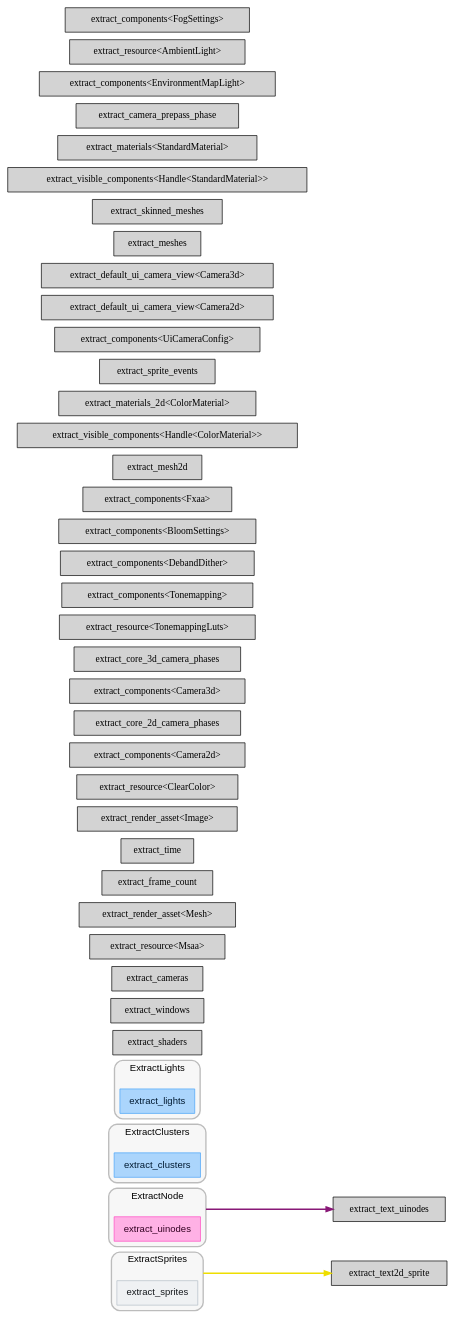
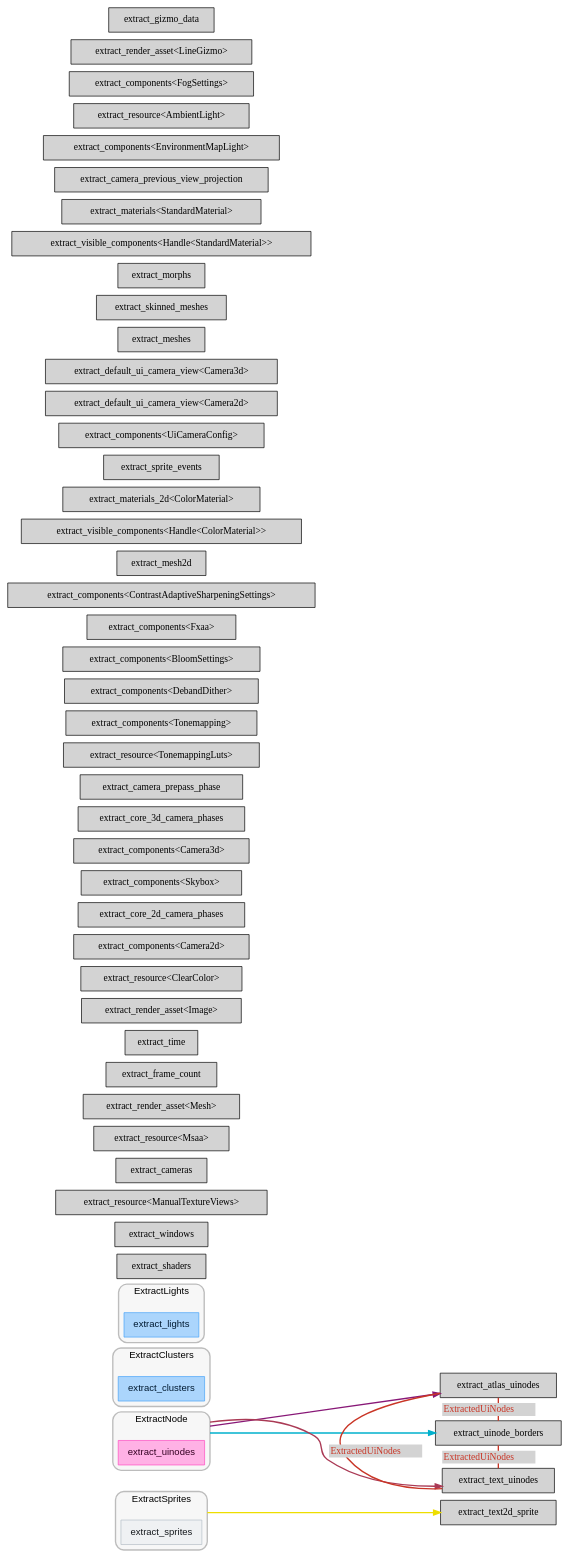
The diagram in docs/schedule/light/render_schedule_ExtractSchedule.dot (jakobhellermann/bevy_mod_debugdump), drawn with Graphviz before and after one commit. The commit also changed 149 other files, not shown here.

```diff
--- a/docs/schedule/light/render_schedule_ExtractSchedule.dot
+++ b/docs/schedule/light/render_schedule_ExtractSchedule.dot
@@ -7,85 +7,103 @@
 	"nodesep"="0.15";
 	edge ["penwidth"="2"];
 	node ["shape"="box", "style"="filled"];
-	subgraph "clusternode_Set(22)" {
+	subgraph "clusternode_Set(26)" {
 		"style"="rounded,filled";
 		"label"="ExtractSprites";
 		"tooltip"="ExtractSprites";
 		"fillcolor"="#00000008";
+		"fontcolor"="#000000";
 		"color"="#00000040";
 		"penwidth"="2";
-		"set_marker_node_Set(22)" ["style"="invis", "label"="", "height"="0", "shape"="point"]
-		"node_System(21)" ["label"="extract_sprites", "tooltip"="bevy_sprite::render::extract_sprites", "fillcolor"="#eff1f3", "fontname"="Helvetica", "fontcolor"="#15191d", "color"="#b4bec7", "penwidth"="1"]
+		"set_marker_node_Set(26)" ["style"="invis", "label"="", "height"="0", "shape"="point"]
+		"node_System(25)" ["label"="extract_sprites", "tooltip"="bevy_sprite::render::extract_sprites", "fillcolor"="#eff1f3", "fontname"="Helvetica", "fontcolor"="#15191d", "color"="#b4bec7", "penwidth"="1"]
 	}
 	
-	subgraph "clusternode_Set(29)" {
+	subgraph "clusternode_Set(33)" {
 		"style"="rounded,filled";
 		"label"="ExtractNode";
 		"tooltip"="ExtractNode";
 		"fillcolor"="#00000008";
+		"fontcolor"="#000000";
 		"color"="#00000040";
 		"penwidth"="2";
-		"set_marker_node_Set(29)" ["style"="invis", "label"="", "height"="0", "shape"="point"]
-		"node_System(27)" ["label"="extract_uinodes", "tooltip"="bevy_ui::render::extract_uinodes", "fillcolor"="#ffb1e5", "fontname"="Helvetica", "fontcolor"="#320021", "color"="#ff4bc2", "penwidth"="1"]
+		"set_marker_node_Set(33)" ["style"="invis", "label"="", "height"="0", "shape"="point"]
+		"node_System(31)" ["label"="extract_uinodes", "tooltip"="bevy_ui::render::extract_uinodes", "fillcolor"="#ffb1e5", "fontname"="Helvetica", "fontcolor"="#320021", "color"="#ff4bc2", "penwidth"="1"]
 	}
 	
-	subgraph "clusternode_Set(40)" {
+	subgraph "clusternode_Set(47)" {
 		"style"="rounded,filled";
 		"label"="ExtractClusters";
 		"tooltip"="ExtractClusters";
 		"fillcolor"="#00000008";
+		"fontcolor"="#000000";
 		"color"="#00000040";
 		"penwidth"="2";
-		"set_marker_node_Set(40)" ["style"="invis", "label"="", "height"="0", "shape"="point"]
-		"node_System(37)" ["label"="extract_clusters", "tooltip"="bevy_pbr::render::light::extract_clusters", "fillcolor"="#abd5fc", "fontname"="Helvetica", "fontcolor"="#011a31", "color"="#48a3f8", "penwidth"="1"]
+		"set_marker_node_Set(47)" ["style"="invis", "label"="", "height"="0", "shape"="point"]
+		"node_System(44)" ["label"="extract_clusters", "tooltip"="bevy_pbr::render::light::extract_clusters", "fillcolor"="#abd5fc", "fontname"="Helvetica", "fontcolor"="#011a31", "color"="#48a3f8", "penwidth"="1"]
 	}
 	
-	subgraph "clusternode_Set(42)" {
+	subgraph "clusternode_Set(49)" {
 		"style"="rounded,filled";
 		"label"="ExtractLights";
 		"tooltip"="ExtractLights";
 		"fillcolor"="#00000008";
+		"fontcolor"="#000000";
 		"color"="#00000040";
 		"penwidth"="2";
-		"set_marker_node_Set(42)" ["style"="invis", "label"="", "height"="0", "shape"="point"]
-		"node_System(38)" ["label"="extract_lights", "tooltip"="bevy_pbr::render::light::extract_lights", "fillcolor"="#abd5fc", "fontname"="Helvetica", "fontcolor"="#011a31", "color"="#48a3f8", "penwidth"="1"]
+		"set_marker_node_Set(49)" ["style"="invis", "label"="", "height"="0", "shape"="point"]
+		"node_System(45)" ["label"="extract_lights", "tooltip"="bevy_pbr::render::light::extract_lights", "fillcolor"="#abd5fc", "fontname"="Helvetica", "fontcolor"="#011a31", "color"="#48a3f8", "penwidth"="1"]
 	}
 	
 	"node_System(0)" ["label"="extract_shaders", "tooltip"="bevy_render::render_resource::pipeline_cache::PipelineCache::extract_shaders"]
 	"node_System(1)" ["label"="extract_windows", "tooltip"="bevy_render::view::window::extract_windows"]
-	"node_System(2)" ["label"="extract_cameras", "tooltip"="bevy_render::camera::camera::extract_cameras"]
-	"node_System(3)" ["label"="extract_resource<Msaa>", "tooltip"="bevy_render::extract_resource::extract_resource<bevy_render::view::Msaa>"]
-	"node_System(4)" ["label"="extract_render_asset<Mesh>", "tooltip"="bevy_render::render_asset::extract_render_asset<bevy_render::mesh::mesh::Mesh>"]
-	"node_System(5)" ["label"="extract_frame_count", "tooltip"="bevy_render::globals::extract_frame_count"]
-	"node_System(6)" ["label"="extract_time", "tooltip"="bevy_render::globals::extract_time"]
-	"node_System(7)" ["label"="extract_render_asset<Image>", "tooltip"="bevy_render::render_asset::extract_render_asset<bevy_render::texture::image::Image>"]
-	"node_System(8)" ["label"="extract_resource<ClearColor>", "tooltip"="bevy_render::extract_resource::extract_resource<bevy_core_pipeline::clear_color::ClearColor>"]
-	"node_System(9)" ["label"="extract_components<Camera2d>", "tooltip"="bevy_render::extract_component::extract_components<bevy_core_pipeline::core_2d::camera_2d::Camera2d>"]
-	"node_System(10)" ["label"="extract_core_2d_camera_phases", "tooltip"="bevy_core_pipeline::core_2d::extract_core_2d_camera_phases"]
-	"node_System(11)" ["label"="extract_components<Camera3d>", "tooltip"="bevy_render::extract_component::extract_components<bevy_core_pipeline::core_3d::camera_3d::Camera3d>"]
-	"node_System(12)" ["label"="extract_core_3d_camera_phases", "tooltip"="bevy_core_pipeline::core_3d::extract_core_3d_camera_phases"]
-	"node_System(13)" ["label"="extract_resource<TonemappingLuts>", "tooltip"="bevy_render::extract_resource::extract_resource<bevy_core_pipeline::tonemapping::TonemappingLuts>"]
-	"node_System(14)" ["label"="extract_components<Tonemapping>", "tooltip"="bevy_render::extract_component::extract_components<bevy_core_pipeline::tonemapping::Tonemapping>"]
-	"node_System(15)" ["label"="extract_components<DebandDither>", "tooltip"="bevy_render::extract_component::extract_components<bevy_core_pipeline::tonemapping::DebandDither>"]
-	"node_System(16)" ["label"="extract_components<BloomSettings>", "tooltip"="bevy_render::extract_component::extract_components<bevy_core_pipeline::bloom::settings::BloomSettings>"]
-	"node_System(17)" ["label"="extract_components<Fxaa>", "tooltip"="bevy_render::extract_component::extract_components<bevy_core_pipeline::fxaa::Fxaa>"]
-	"node_System(18)" ["label"="extract_mesh2d", "tooltip"="bevy_sprite::mesh2d::mesh::extract_mesh2d"]
-	"node_System(19)" ["label"="extract_visible_components<Handle<ColorMaterial>>", "tooltip"="bevy_render::extract_component::extract_visible_components<bevy_asset::handle::Handle<bevy_sprite::mesh2d::color_material::ColorMaterial>>"]
-	"node_System(20)" ["label"="extract_materials_2d<ColorMaterial>", "tooltip"="bevy_sprite::mesh2d::material::extract_materials_2d<bevy_sprite::mesh2d::color_material::ColorMaterial>"]
-	"node_System(22)" ["label"="extract_sprite_events", "tooltip"="bevy_sprite::render::extract_sprite_events"]
-	"node_System(23)" ["label"="extract_text2d_sprite", "tooltip"="bevy_text::text2d::extract_text2d_sprite"]
-	"node_System(24)" ["label"="extract_components<UiCameraConfig>", "tooltip"="bevy_render::extract_component::extract_components<bevy_ui::camera_config::UiCameraConfig>"]
-	"node_System(25)" ["label"="extract_default_ui_camera_view<Camera2d>", "tooltip"="bevy_ui::render::extract_default_ui_camera_view<bevy_core_pipeline::core_2d::camera_2d::Camera2d>"]
-	"node_System(26)" ["label"="extract_default_ui_camera_view<Camera3d>", "tooltip"="bevy_ui::render::extract_default_ui_camera_view<bevy_core_pipeline::core_3d::camera_3d::Camera3d>"]
-	"node_System(28)" ["label"="extract_text_uinodes", "tooltip"="bevy_ui::render::extract_text_uinodes"]
-	"node_System(29)" ["label"="extract_meshes", "tooltip"="bevy_pbr::render::mesh::extract_meshes"]
-	"node_System(30)" ["label"="extract_skinned_meshes", "tooltip"="bevy_pbr::render::mesh::extract_skinned_meshes"]
-	"node_System(31)" ["label"="extract_visible_components<Handle<StandardMaterial>>", "tooltip"="bevy_render::extract_component::extract_visible_components<bevy_asset::handle::Handle<bevy_pbr::pbr_material::StandardMaterial>>"]
-	"node_System(32)" ["label"="extract_materials<StandardMaterial>", "tooltip"="bevy_pbr::material::extract_materials<bevy_pbr::pbr_material::StandardMaterial>"]
-	"node_System(33)" ["label"="extract_camera_prepass_phase", "tooltip"="bevy_pbr::prepass::extract_camera_prepass_phase"]
-	"node_System(34)" ["label"="extract_components<EnvironmentMapLight>", "tooltip"="bevy_render::extract_component::extract_components<bevy_pbr::environment_map::EnvironmentMapLight>"]
-	"node_System(35)" ["label"="extract_resource<AmbientLight>", "tooltip"="bevy_render::extract_resource::extract_resource<bevy_pbr::light::AmbientLight>"]
-	"node_System(36)" ["label"="extract_components<FogSettings>", "tooltip"="bevy_render::extract_component::extract_components<bevy_pbr::fog::FogSettings>"]
-	"set_marker_node_Set(22)" -> "node_System(23)" ["lhead"="", "ltail"="clusternode_Set(22)", "tooltip"="ExtractSprites → extract_text2d_sprite", "color"="#eede00"]
-	"set_marker_node_Set(29)" -> "node_System(28)" ["lhead"="", "ltail"="clusternode_Set(29)", "tooltip"="ExtractNode → extract_text_uinodes", "color"="#881877"]
+	"node_System(2)" ["label"="extract_resource<ManualTextureViews>", "tooltip"="bevy_render::extract_resource::extract_resource<bevy_render::camera::manual_texture_view::ManualTextureViews>"]
+	"node_System(3)" ["label"="extract_cameras", "tooltip"="bevy_render::camera::camera::extract_cameras"]
+	"node_System(4)" ["label"="extract_resource<Msaa>", "tooltip"="bevy_render::extract_resource::extract_resource<bevy_render::view::Msaa>"]
+	"node_System(5)" ["label"="extract_render_asset<Mesh>", "tooltip"="bevy_render::render_asset::extract_render_asset<bevy_render::mesh::mesh::Mesh>"]
+	"node_System(6)" ["label"="extract_frame_count", "tooltip"="bevy_render::globals::extract_frame_count"]
+	"node_System(7)" ["label"="extract_time", "tooltip"="bevy_render::globals::extract_time"]
+	"node_System(8)" ["label"="extract_render_asset<Image>", "tooltip"="bevy_render::render_asset::extract_render_asset<bevy_render::texture::image::Image>"]
+	"node_System(9)" ["label"="extract_resource<ClearColor>", "tooltip"="bevy_render::extract_resource::extract_resource<bevy_core_pipeline::clear_color::ClearColor>"]
+	"node_System(10)" ["label"="extract_components<Camera2d>", "tooltip"="bevy_render::extract_component::extract_components<bevy_core_pipeline::core_2d::camera_2d::Camera2d>"]
+	"node_System(11)" ["label"="extract_core_2d_camera_phases", "tooltip"="bevy_core_pipeline::core_2d::extract_core_2d_camera_phases"]
+	"node_System(12)" ["label"="extract_components<Skybox>", "tooltip"="bevy_render::extract_component::extract_components<bevy_core_pipeline::skybox::Skybox>"]
+	"node_System(13)" ["label"="extract_components<Camera3d>", "tooltip"="bevy_render::extract_component::extract_components<bevy_core_pipeline::core_3d::camera_3d::Camera3d>"]
+	"node_System(14)" ["label"="extract_core_3d_camera_phases", "tooltip"="bevy_core_pipeline::core_3d::extract_core_3d_camera_phases"]
+	"node_System(15)" ["label"="extract_camera_prepass_phase", "tooltip"="bevy_core_pipeline::core_3d::extract_camera_prepass_phase"]
+	"node_System(16)" ["label"="extract_resource<TonemappingLuts>", "tooltip"="bevy_render::extract_resource::extract_resource<bevy_core_pipeline::tonemapping::TonemappingLuts>"]
+	"node_System(17)" ["label"="extract_components<Tonemapping>", "tooltip"="bevy_render::extract_component::extract_components<bevy_core_pipeline::tonemapping::Tonemapping>"]
+	"node_System(18)" ["label"="extract_components<DebandDither>", "tooltip"="bevy_render::extract_component::extract_components<bevy_core_pipeline::tonemapping::DebandDither>"]
+	"node_System(19)" ["label"="extract_components<BloomSettings>", "tooltip"="bevy_render::extract_component::extract_components<bevy_core_pipeline::bloom::settings::BloomSettings>"]
+	"node_System(20)" ["label"="extract_components<Fxaa>", "tooltip"="bevy_render::extract_component::extract_components<bevy_core_pipeline::fxaa::Fxaa>"]
+	"node_System(21)" ["label"="extract_components<ContrastAdaptiveSharpeningSettings>", "tooltip"="bevy_render::extract_component::extract_components<bevy_core_pipeline::contrast_adaptive_sharpening::ContrastAdaptiveSharpeningSettings>"]
+	"node_System(22)" ["label"="extract_mesh2d", "tooltip"="bevy_sprite::mesh2d::mesh::extract_mesh2d"]
+	"node_System(23)" ["label"="extract_visible_components<Handle<ColorMaterial>>", "tooltip"="bevy_render::extract_component::extract_visible_components<bevy_asset::handle::Handle<bevy_sprite::mesh2d::color_material::ColorMaterial>>"]
+	"node_System(24)" ["label"="extract_materials_2d<ColorMaterial>", "tooltip"="bevy_sprite::mesh2d::material::extract_materials_2d<bevy_sprite::mesh2d::color_material::ColorMaterial>"]
+	"node_System(26)" ["label"="extract_sprite_events", "tooltip"="bevy_sprite::render::extract_sprite_events"]
+	"node_System(27)" ["label"="extract_text2d_sprite", "tooltip"="bevy_text::text2d::extract_text2d_sprite"]
+	"node_System(28)" ["label"="extract_components<UiCameraConfig>", "tooltip"="bevy_render::extract_component::extract_components<bevy_ui::camera_config::UiCameraConfig>"]
+	"node_System(29)" ["label"="extract_default_ui_camera_view<Camera2d>", "tooltip"="bevy_ui::render::extract_default_ui_camera_view<bevy_core_pipeline::core_2d::camera_2d::Camera2d>"]
+	"node_System(30)" ["label"="extract_default_ui_camera_view<Camera3d>", "tooltip"="bevy_ui::render::extract_default_ui_camera_view<bevy_core_pipeline::core_3d::camera_3d::Camera3d>"]
+	"node_System(32)" ["label"="extract_atlas_uinodes", "tooltip"="bevy_ui::render::extract_atlas_uinodes"]
+	"node_System(33)" ["label"="extract_uinode_borders", "tooltip"="bevy_ui::render::extract_uinode_borders"]
+	"node_System(34)" ["label"="extract_text_uinodes", "tooltip"="bevy_ui::render::extract_text_uinodes"]
+	"node_System(35)" ["label"="extract_meshes", "tooltip"="bevy_pbr::render::mesh::extract_meshes"]
+	"node_System(36)" ["label"="extract_skinned_meshes", "tooltip"="bevy_pbr::render::mesh::extract_skinned_meshes"]
+	"node_System(37)" ["label"="extract_morphs", "tooltip"="bevy_pbr::render::morph::extract_morphs"]
+	"node_System(38)" ["label"="extract_visible_components<Handle<StandardMaterial>>", "tooltip"="bevy_render::extract_component::extract_visible_components<bevy_asset::handle::Handle<bevy_pbr::pbr_material::StandardMaterial>>"]
+	"node_System(39)" ["label"="extract_materials<StandardMaterial>", "tooltip"="bevy_pbr::material::extract_materials<bevy_pbr::pbr_material::StandardMaterial>"]
+	"node_System(40)" ["label"="extract_camera_previous_view_projection", "tooltip"="bevy_pbr::prepass::extract_camera_previous_view_projection"]
+	"node_System(41)" ["label"="extract_components<EnvironmentMapLight>", "tooltip"="bevy_render::extract_component::extract_components<bevy_pbr::environment_map::EnvironmentMapLight>"]
+	"node_System(42)" ["label"="extract_resource<AmbientLight>", "tooltip"="bevy_render::extract_resource::extract_resource<bevy_pbr::light::AmbientLight>"]
+	"node_System(43)" ["label"="extract_components<FogSettings>", "tooltip"="bevy_render::extract_component::extract_components<bevy_pbr::fog::FogSettings>"]
+	"node_System(46)" ["label"="extract_render_asset<LineGizmo>", "tooltip"="bevy_render::render_asset::extract_render_asset<bevy_gizmos::LineGizmo>"]
+	"node_System(47)" ["label"="extract_gizmo_data", "tooltip"="bevy_gizmos::extract_gizmo_data"]
+	"set_marker_node_Set(26)" -> "node_System(27)" ["lhead"="", "ltail"="clusternode_Set(26)", "tooltip"="ExtractSprites → extract_text2d_sprite", "color"="#eede00"]
+	"set_marker_node_Set(33)" -> "node_System(32)" ["lhead"="", "ltail"="clusternode_Set(33)", "tooltip"="ExtractNode → extract_atlas_uinodes", "color"="#881877"]
+	"set_marker_node_Set(33)" -> "node_System(33)" ["lhead"="", "ltail"="clusternode_Set(33)", "tooltip"="ExtractNode → extract_uinode_borders", "color"="#00b0cc"]
+	"set_marker_node_Set(33)" -> "node_System(34)" ["lhead"="", "ltail"="clusternode_Set(33)", "tooltip"="ExtractNode → extract_text_uinodes", "color"="#aa3a55"]
+	"node_System(33)" -> "node_System(32)" ["dir"="none", "constraint"="false", "color"="#c93526", "fontcolor"="#c93526", "label"=<<table border="0" cellborder="0"><tr><td bgcolor="#d3d3d3">ExtractedUiNodes</td></tr></table>>, "labeltooltip"="extract_uinode_borders — extract_atlas_uinodes"]
+	"node_System(34)" -> "node_System(32)" ["dir"="none", "constraint"="false", "color"="#c93526", "fontcolor"="#c93526", "label"=<<table border="0" cellborder="0"><tr><td bgcolor="#d3d3d3">ExtractedUiNodes</td></tr></table>>, "labeltooltip"="extract_text_uinodes — extract_atlas_uinodes"]
+	"node_System(34)" -> "node_System(33)" ["dir"="none", "constraint"="false", "color"="#c93526", "fontcolor"="#c93526", "label"=<<table border="0" cellborder="0"><tr><td bgcolor="#d3d3d3">ExtractedUiNodes</td></tr></table>>, "labeltooltip"="extract_text_uinodes — extract_uinode_borders"]
 }
```
